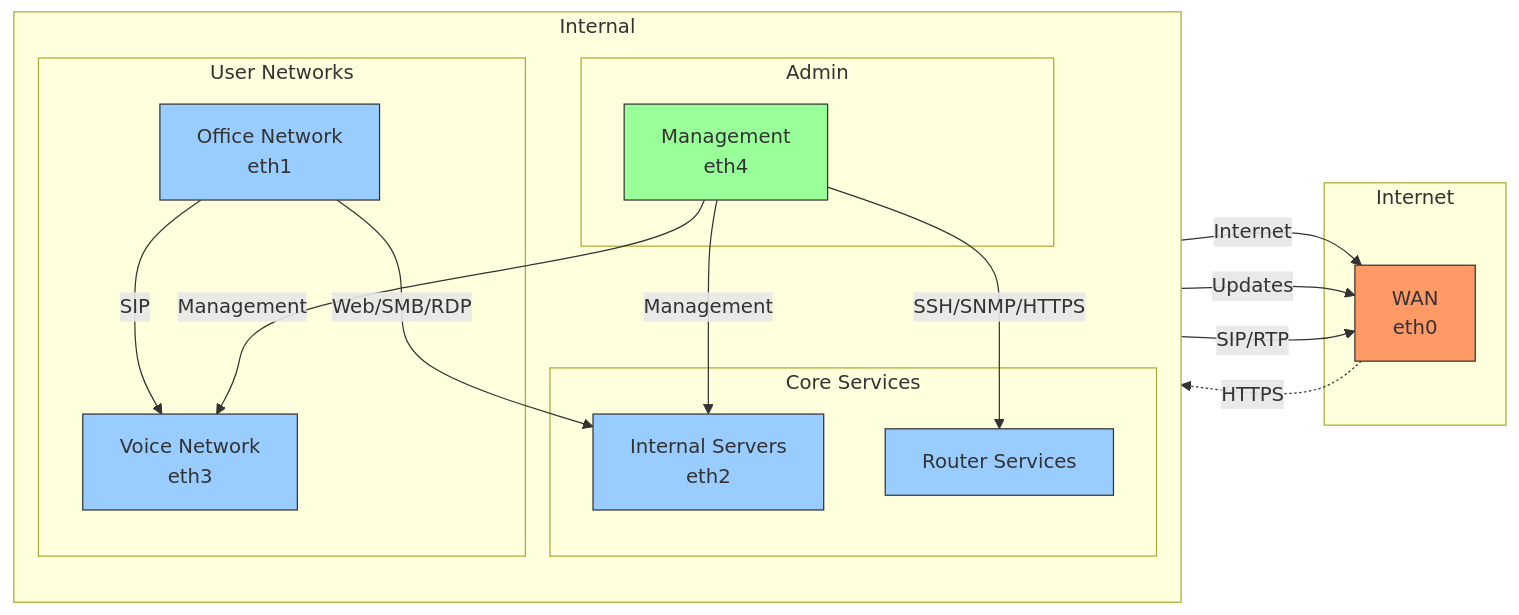
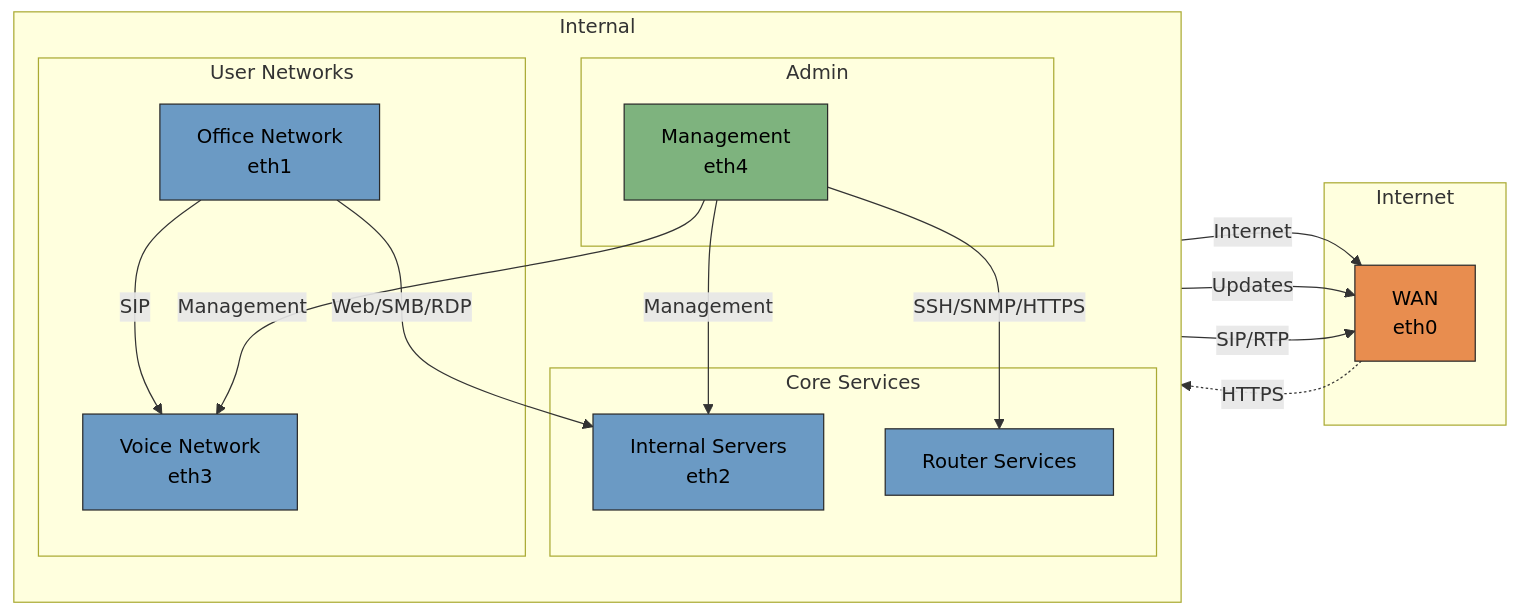
Before and after one commit to uppaljs/vyos-zbfw: the second of 3 diagrams in examples/README.md, drawn with Mermaid. The commit also changed other lines of this file, not shown here.

````diff
--- a/examples/README.md
+++ b/examples/README.md
@@ -68,40 +68,40 @@
 ```mermaid
 flowchart LR
     subgraph Internet
         WAN[WAN\neth0]
     end
     
     subgraph Internal
         direction TB
         subgraph Core Services
             LOCAL[Router Services]
             SERVERS[Internal Servers\neth2]
         end
         
         subgraph User Networks
             OFFICE[Office Network\neth1]
             VOIP[Voice Network\neth3]
         end
         
         subgraph Admin
             MGMT[Management\neth4]
         end
     end
 
     WAN -.->|HTTPS| LOCAL
     OFFICE -->|Web/SMB/RDP| SERVERS
     OFFICE -->|SIP| VOIP
     OFFICE -->|Internet| WAN
     SERVERS -->|Updates| WAN
     VOIP -->|SIP/RTP| WAN
     MGMT -->|SSH/SNMP/HTTPS| LOCAL
     MGMT -->|Management| SERVERS
     MGMT -->|Management| VOIP
 
-    classDef internet fill:#f96,stroke:#333
-    classDef internal fill:#9cf,stroke:#333
-    classDef admin fill:#9f9,stroke:#333
+    classDef internet fill:#e88d4f,stroke:#2a2a2a,color:#000
+    classDef internal fill:#6b9ac4,stroke:#2a2a2a,color:#000
+    classDef admin fill:#7eb37e,stroke:#2a2a2a,color:#000
     class WAN internet
     class LOCAL,SERVERS,OFFICE,VOIP internal
     class MGMT admin
 ```
````
